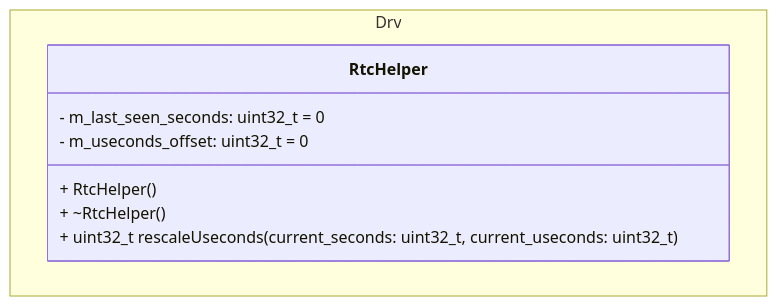
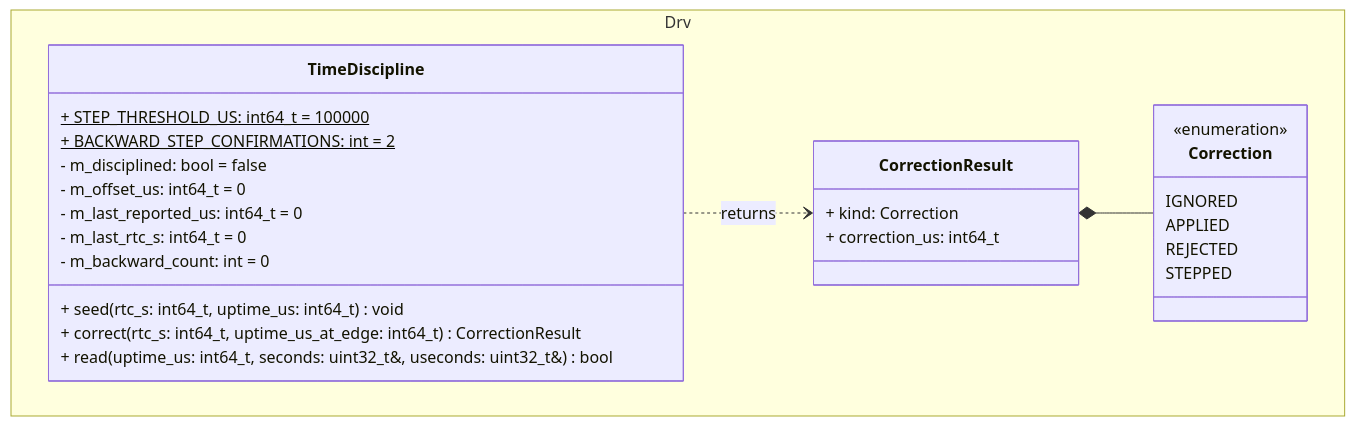
One commit to Open-Source-Space-Foundation/proves-core-reference changed the second of 18 diagrams in docs-site/components/RtcManager.md. Above: the diagram before and after it, drawn with Mermaid. The commit also changed other lines of this file and 1 other file, not shown here.

First line of the commit message:
docs(rtc): SDD for time offset disciplined by the RTC update interrupt

````diff
--- a/docs-site/components/RtcManager.md
+++ b/docs-site/components/RtcManager.md
@@ -225,13 +250,31 @@
 ```mermaid
 classDiagram
     namespace Drv {
-        class RtcHelper {
-            - m_last_seen_seconds: uint32_t = 0
-            - m_useconds_offset: uint32_t = 0
+        class TimeDiscipline {
+            + STEP_THRESHOLD_US: int64_t = 100000$
+            + BACKWARD_STEP_CONFIRMATIONS: int = 2$
+            - m_disciplined: bool = false
+            - m_offset_us: int64_t = 0
+            - m_last_reported_us: int64_t = 0
+            - m_last_rtc_s: int64_t = 0
+            - m_backward_count: int = 0
 
-            + RtcHelper()
-            + ~RtcHelper()
-            + uint32_t rescaleUseconds(current_seconds: uint32_t, current_useconds: uint32_t)
+            + seed(rtc_s: int64_t, uptime_us: int64_t) void
+            + correct(rtc_s: int64_t, uptime_us_at_edge: int64_t) CorrectionResult
+            + read(uptime_us: int64_t, seconds: uint32_t&, useconds: uint32_t&) bool
+        }
+        class Correction {
+            <<enumeration>>
+            IGNORED
+            APPLIED
+            REJECTED
+            STEPPED
+        }
+        class CorrectionResult {
+            + kind: Correction
+            + correction_us: int64_t
         }
     }
+    TimeDiscipline ..> CorrectionResult : returns
+    CorrectionResult *-- Correction
 ```
````
